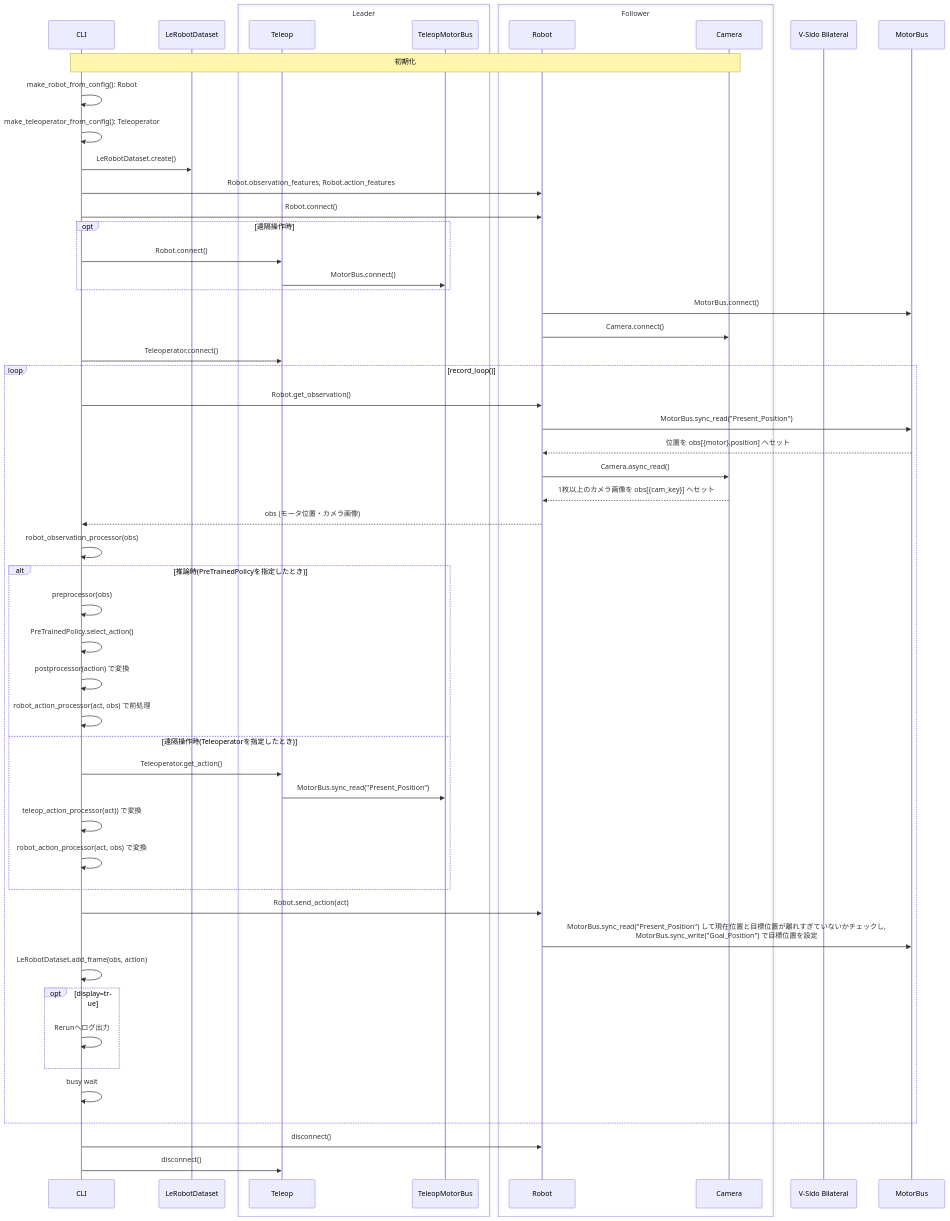
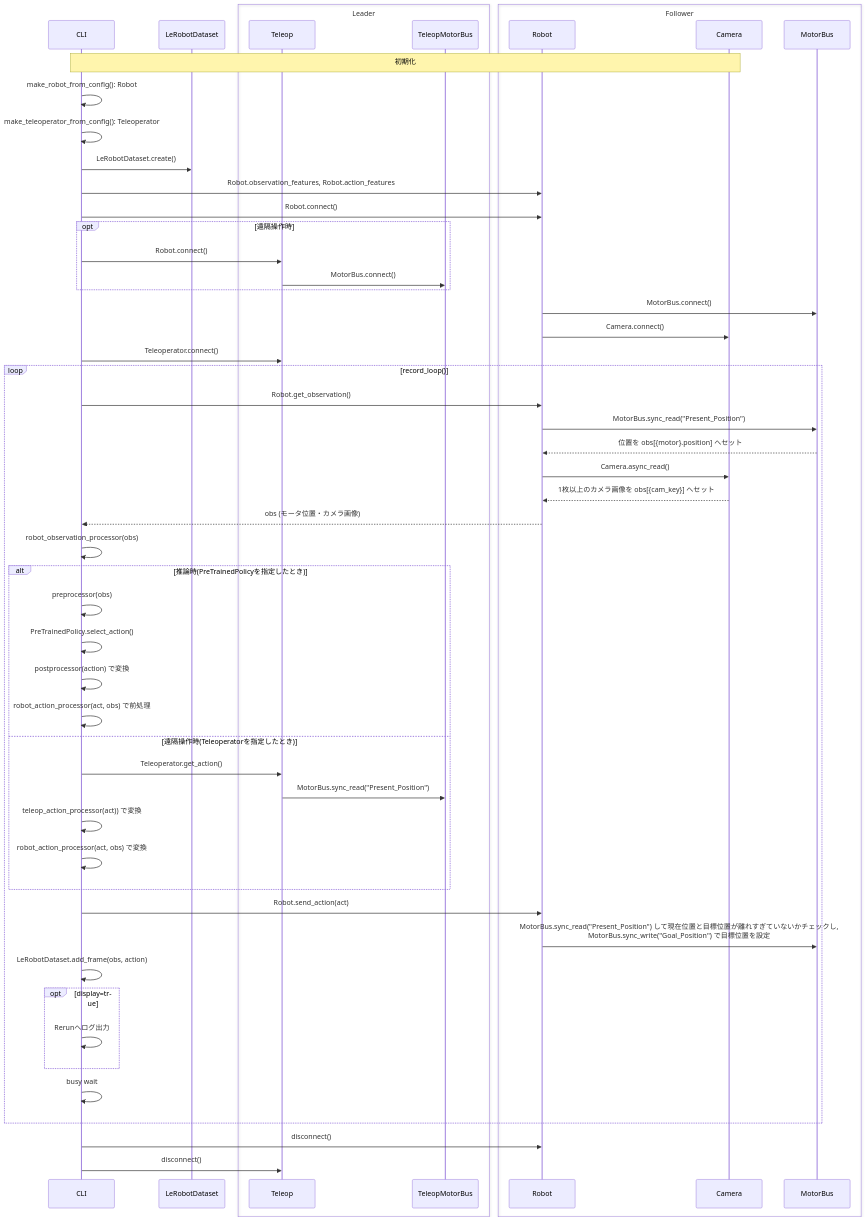
One commit to aDaikiKamata/lerobot changed the diagram in src_docs/src/script_sequences.md. Above: the diagram before and after it, drawn with Mermaid. The commit also changed other lines of this file and 10 other files, not shown here.

````diff
--- a/src_docs/src/script_sequences.md
+++ b/src_docs/src/script_sequences.md
@@ -58,75 +68,74 @@
 ```mermaid
 sequenceDiagram
     participant CLI
     participant Dataset as LeRobotDataset
 
     box Leader
         participant Teleop
         participant TeleopMotorBus
     end
 
     box Follower
         participant Robot
         participant Camera
+        participant MotorBus
     end
-
-    participant Controller as V-Sido Bilateral
 
 
     note over CLI,Camera: 初期化
 
     CLI->>CLI: make_robot_from_config(): Robot
     CLI->>CLI: make_teleoperator_from_config(): Teleoperator
     CLI->>Dataset: LeRobotDataset.create()
 
     CLI->>Robot: Robot.observation_features, Robot.action_features
 
     CLI->>Robot: Robot.connect()
     opt 遠隔操作時
         CLI->>Teleop: Robot.connect()
         Teleop->>TeleopMotorBus: MotorBus.connect()
     end
     Robot->>MotorBus: MotorBus.connect()
     Robot->>Camera: Camera.connect()
 
     CLI->>Teleop: Teleoperator.connect()
 
     loop record_loop()
         CLI->>Robot: Robot.get_observation()
 
         Robot->>MotorBus: MotorBus.sync_read("Present_Position")
         MotorBus-->>Robot: 位置を obs[{motor}.position] へセット
         Robot->>Camera: Camera.async_read()
         Camera-->>Robot: 1枚以上のカメラ画像を obs[{cam_key}] へセット
 
         Robot-->>CLI: obs (モータ位置・カメラ画像)
 
         CLI->>CLI: robot_observation_processor(obs)
 
         alt 推論時(PreTrainedPolicyを指定したとき)
             CLI->>CLI: preprocessor(obs)
             CLI->>CLI: PreTrainedPolicy.select_action()
             CLI->>CLI: postprocessor(action) で変換
             CLI->>CLI: robot_action_processor(act, obs) で前処理
         else 遠隔操作時(Teleoperatorを指定したとき)
             CLI->>Teleop: Teleoperator.get_action()
             Teleop->>TeleopMotorBus: MotorBus.sync_read("Present_Position")
             CLI->>CLI: teleop_action_processor(act)) で変換
             CLI->>CLI: robot_action_processor(act, obs) で変換
         end
 
         CLI->>Robot: Robot.send_action(act)
         Robot->>MotorBus: MotorBus.sync_read("Present_Position") して現在位置と目標位置が離れすぎていないかチェックし, <br/> MotorBus.sync_write("Goal_Position") で目標位置を設定
 
         CLI->>CLI: LeRobotDataset.add_frame(obs, action)
 
         opt display=true
             CLI->>CLI: Rerunへログ出力
         end
 
         CLI->>CLI: busy wait
     end
 
     CLI->>Robot: disconnect()
     CLI->>Teleop: disconnect()
 ```
````
